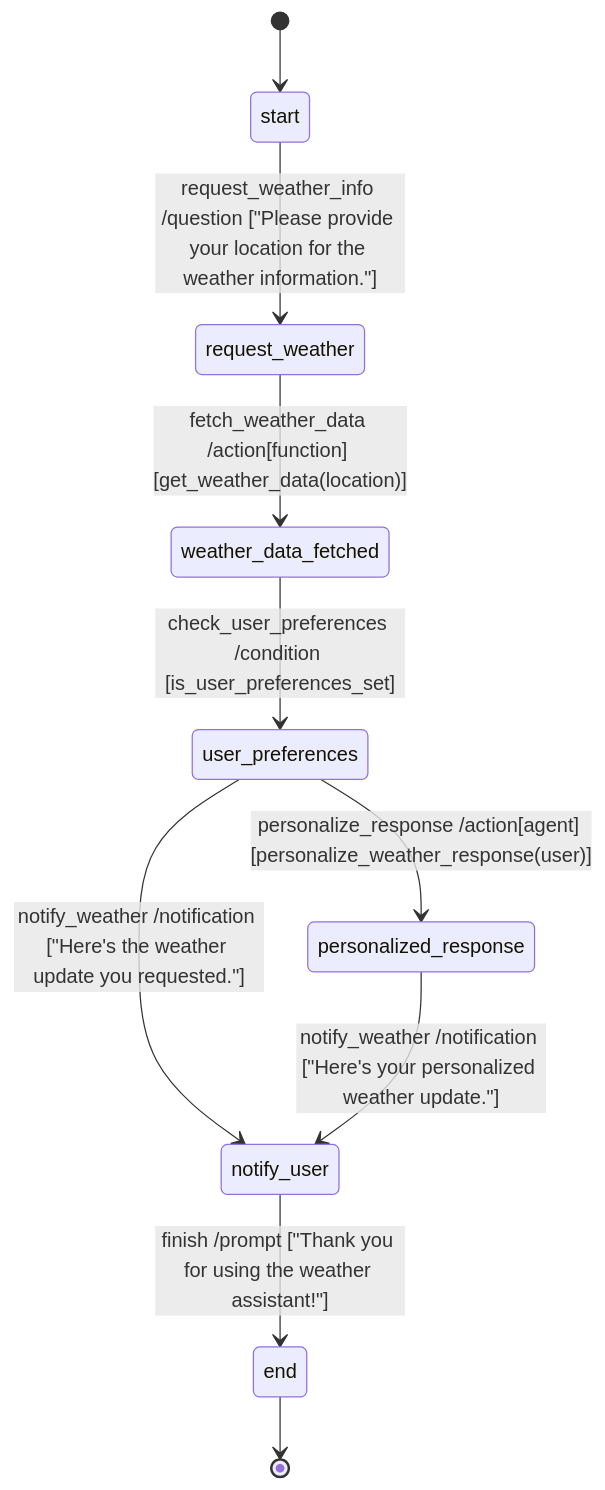
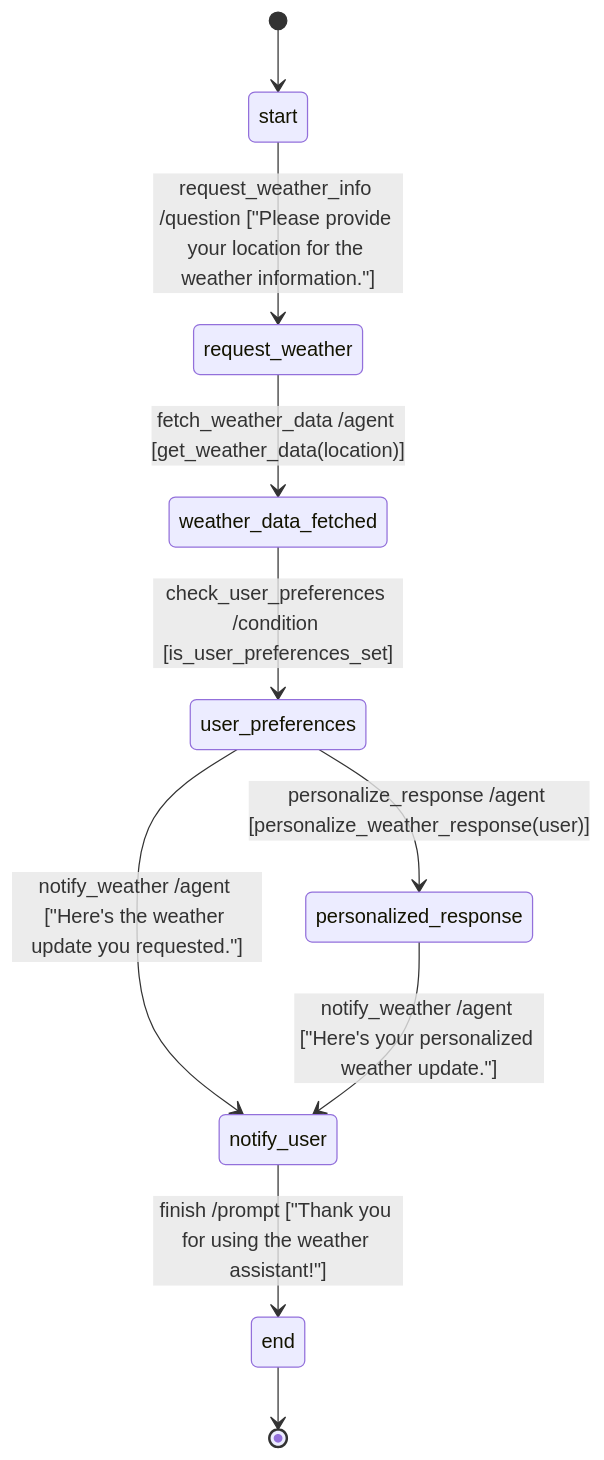
One commit to Ksenniya/ai-assistant changed the diagram in entity/chat/workflow/workflow.md. Above: the diagram before and after it, drawn with Mermaid.

Commit message:
saved entity/chat/workflow/workflow.md: f20b5890-0a60-11f0-b71c-40c2ba0ac9eb

````diff
--- a/entity/chat/workflow/workflow.md
+++ b/entity/chat/workflow/workflow.md
@@ -1,12 +1,12 @@
 ```mermaid
 stateDiagram-v2
     [*] --> start
     start --> request_weather : request_weather_info /question ["Please provide your location for the weather information."]
-    request_weather --> weather_data_fetched : fetch_weather_data /action[function] [get_weather_data(location)]
+    request_weather --> weather_data_fetched : fetch_weather_data /agent [get_weather_data(location)]
     weather_data_fetched --> user_preferences : check_user_preferences /condition [is_user_preferences_set]
-    user_preferences --> personalized_response : personalize_response /action[agent] [personalize_weather_response(user)]
-    user_preferences --> notify_user : notify_weather /notification ["Here's the weather update you requested."]
-    personalized_response --> notify_user : notify_weather /notification ["Here's your personalized weather update."]
+    user_preferences --> personalized_response : personalize_response /agent [personalize_weather_response(user)]
+    user_preferences --> notify_user : notify_weather /agent ["Here's the weather update you requested."]
+    personalized_response --> notify_user : notify_weather /agent ["Here's your personalized weather update."]
     notify_user --> end : finish /prompt ["Thank you for using the weather assistant!"]
     end --> [*]
 ```
````
